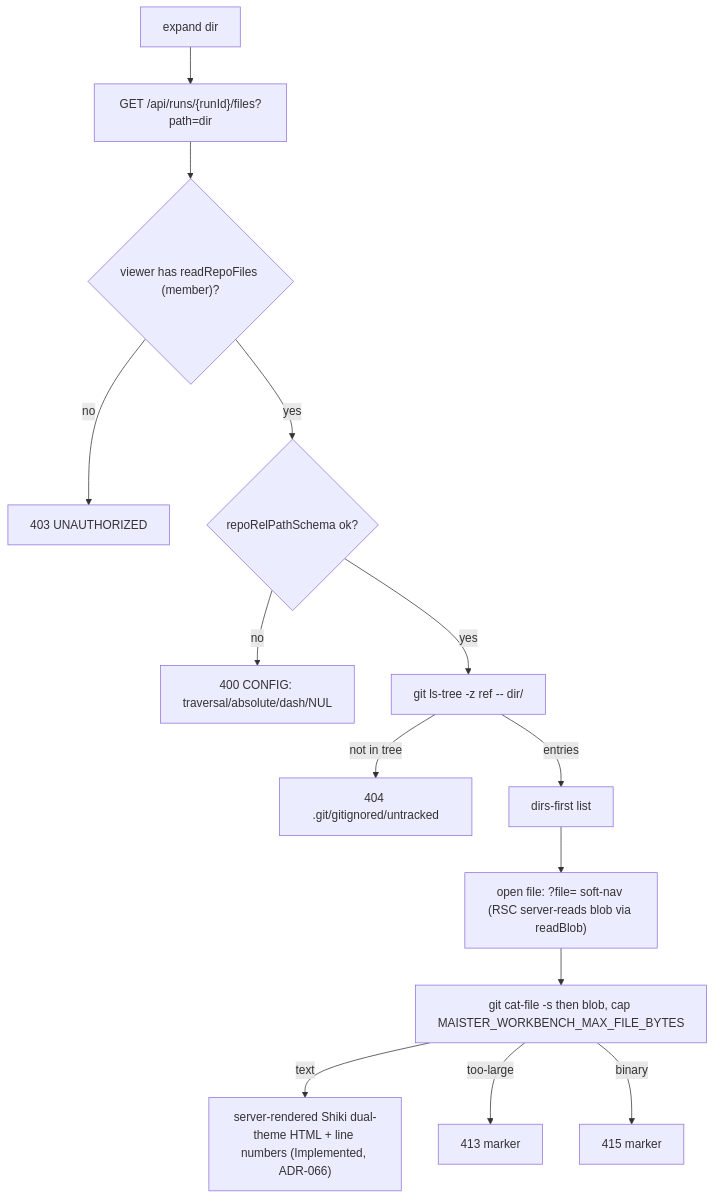
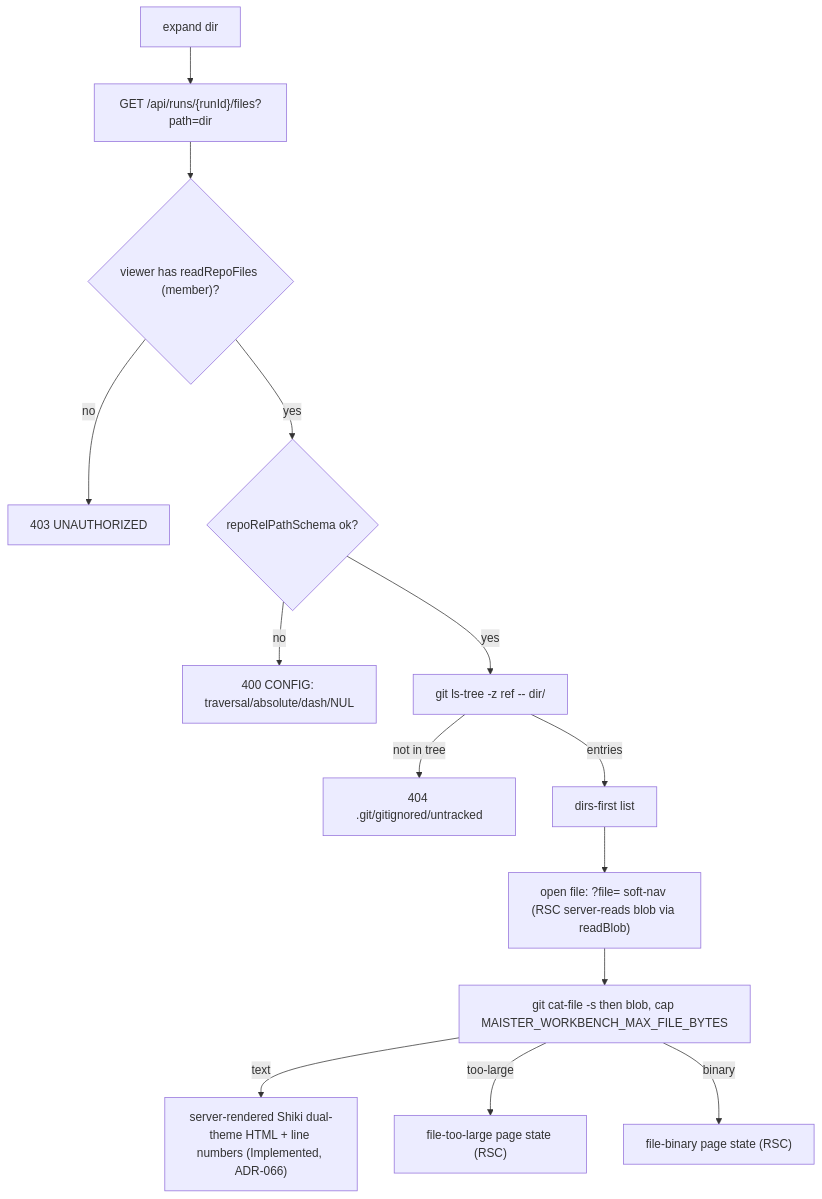
Before and after one commit to maister-dev/maister: the fourth of 5 diagrams in docs/system-analytics/workbench.md, drawn with Mermaid. The commit also changed other lines of this file and 35 other files, not shown here.

````diff
--- a/docs/system-analytics/workbench.md
+++ b/docs/system-analytics/workbench.md
@@ -141,16 +144,16 @@
 ```mermaid
 flowchart TD
     Expand["expand dir"] --> Files["GET /api/runs/{runId}/files?path=dir"]
     Files --> Gate{"viewer has readRepoFiles (member)?"}
     Gate -- no --> F403["403 UNAUTHORIZED"]
     Gate -- yes --> Val{"repoRelPathSchema ok?"}
     Val -- no --> F400["400 CONFIG: traversal/absolute/dash/NUL"]
     Val -- yes --> LsTree["git ls-tree -z ref -- dir/"]
     LsTree -- not in tree --> F404["404 .git/gitignored/untracked"]
     LsTree -- entries --> Render["dirs-first list"]
     Render --> OpenF["open file: ?file= soft-nav (RSC server-reads blob via readBlob)"]
     OpenF --> Blob["git cat-file -s then blob, cap MAISTER_WORKBENCH_MAX_FILE_BYTES"]
     Blob -- text --> Pre["server-rendered Shiki dual-theme HTML + line numbers (Implemented, ADR-066)"]
-    Blob -- too-large --> F413["413 marker"]
-    Blob -- binary --> F415["415 marker"]
+    Blob -- too-large --> FBig["file-too-large page state (RSC)"]
+    Blob -- binary --> FBin["file-binary page state (RSC)"]
 ```
````
